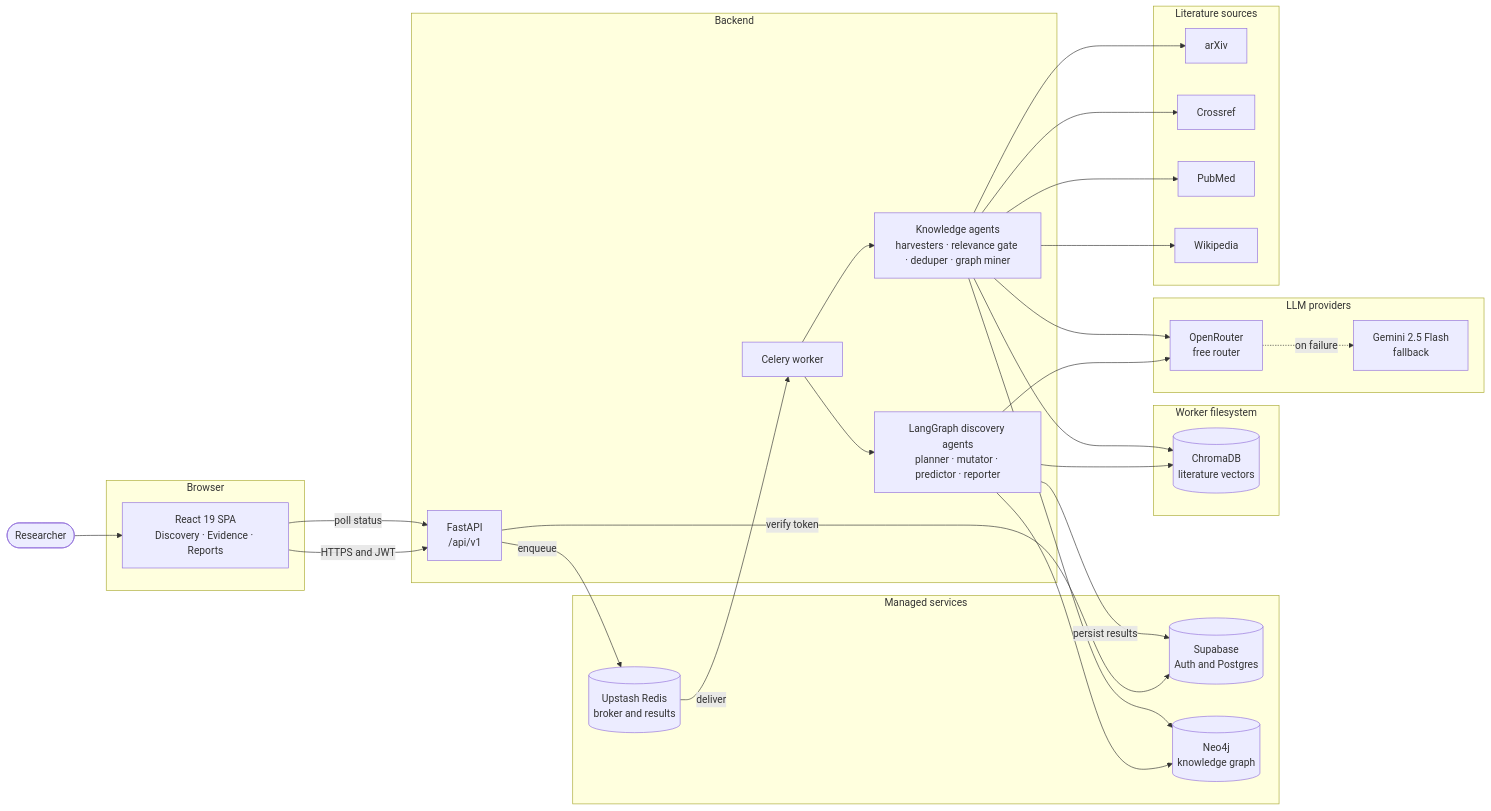
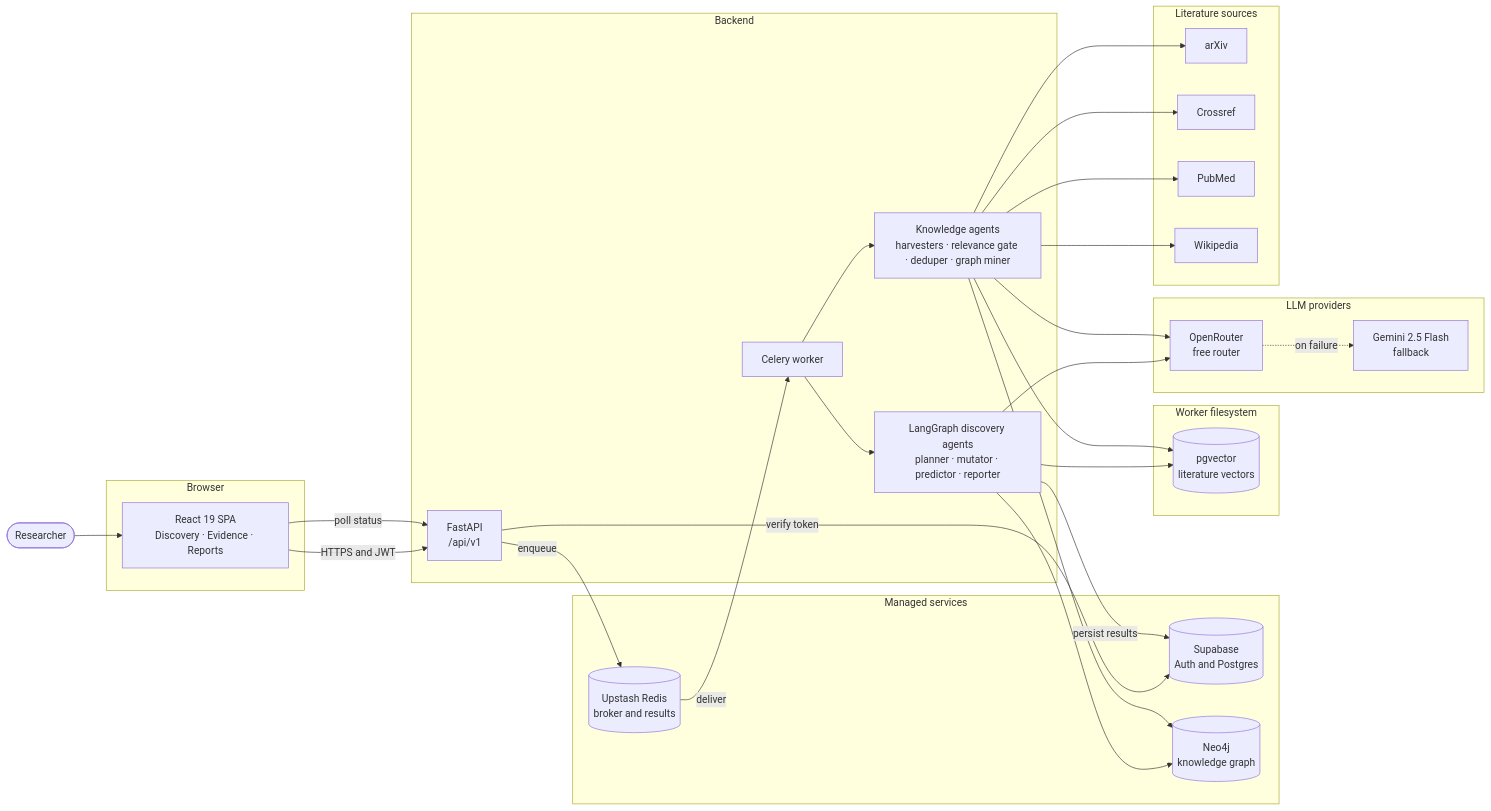
The first of 27 diagrams in README.md (Rahul-8283/AURA_Data_Driven), drawn with Mermaid before and after one commit. The commit also changed other lines of this file and 3 other files, not shown here.

First line of the commit message:
docs: document pgvector storage and remove ChromaDB references

````diff
--- a/README.md
+++ b/README.md
@@ -159,58 +159,58 @@
 ```mermaid
 flowchart LR
     user(["Researcher"])
 
     subgraph browser["Browser"]
         spa["React 19 SPA<br/>Discovery · Evidence · Reports"]
     end
 
     subgraph backend["Backend"]
         api["FastAPI<br/>/api/v1"]
         worker["Celery worker"]
         lg["LangGraph discovery agents<br/>planner · mutator · predictor · reporter"]
         kn["Knowledge agents<br/>harvesters · relevance gate · deduper · graph miner"]
     end
 
     subgraph managed["Managed services"]
         redis[("Upstash Redis<br/>broker and results")]
         supa[("Supabase<br/>Auth and Postgres")]
         neo[("Neo4j<br/>knowledge graph")]
     end
 
     subgraph local["Worker filesystem"]
-        chroma[("ChromaDB<br/>literature vectors")]
+        pgv[("pgvector<br/>literature vectors")]
     end
 
     subgraph llm["LLM providers"]
         orr["OpenRouter<br/>free router"]
         gem["Gemini 2.5 Flash<br/>fallback"]
     end
 
     subgraph sources["Literature sources"]
         arx["arXiv"]
         cro["Crossref"]
         pub["PubMed"]
         wik["Wikipedia"]
     end
 
     user --> spa
     spa -->|"HTTPS and JWT"| api
     api -->|"verify token"| supa
     api -->|"enqueue"| redis
     redis -->|"deliver"| worker
     worker --> lg
     worker --> kn
     lg --> neo
-    lg --> chroma
+    lg --> pgv
     lg --> orr
     kn --> arx
     kn --> cro
     kn --> pub
     kn --> wik
-    kn --> chroma
+    kn --> pgv
     kn --> neo
     kn --> orr
     orr -.->|"on failure"| gem
     lg -->|"persist results"| supa
     spa -->|"poll status"| api
 ```
````
